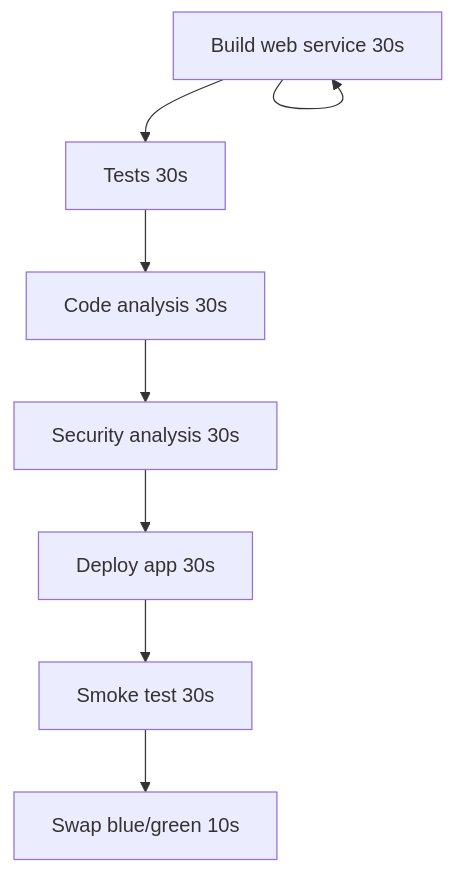
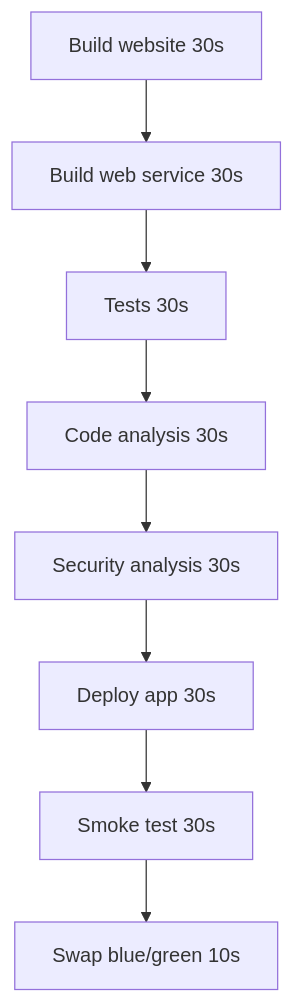
The first of 2 diagrams in README.md (samsmithnz/ParallelPipelinesDemo), drawn with Mermaid before and after one commit. The commit also changed other lines of this file, not shown here.

````diff
--- a/README.md
+++ b/README.md
@@ -5,4 +5,4 @@
 ```mermaid
   graph TD;
-      buildApp[Build website 30s]-->buildApp[Build web service 30s]-->tests[Tests 30s]-->codeAnalysis[Code analysis 30s]-->securityAnalysis[Security analysis 30s]-->deployApp[Deploy app 30s]-->smoke[Smoke test 30s]-->swap[Swap blue/green 10s];
+      buildweb[Build website 30s]-->buildwebservice[Build web service 30s]-->tests[Tests 30s]-->codeAnalysis[Code analysis 30s]-->securityAnalysis[Security analysis 30s]-->deployApp[Deploy app 30s]-->smoke[Smoke test 30s]-->swap[Swap blue/green 10s];
 ```
````
